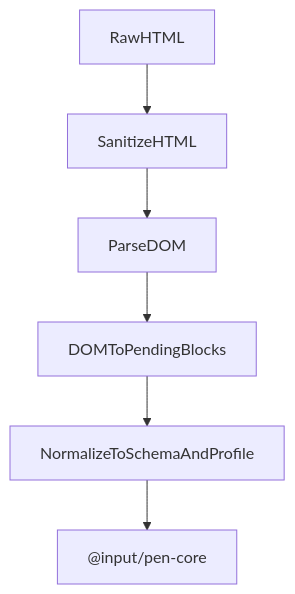
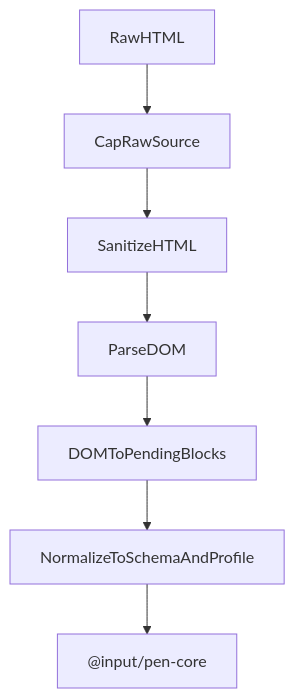
The diagram in spec/packages/extensions/import-html.md (JayaKrishnaNamburu/pen), drawn with Mermaid before and after one commit. The commit also changed other lines of this file and 493 other files, not shown here.

````diff
--- a/spec/packages/extensions/import-html.md
+++ b/spec/packages/extensions/import-html.md
@@ -28,15 +28,17 @@
 ```mermaid
 flowchart TD
   HTML[RawHTML]
+  Cap[CapRawSource]
   Sanitize[SanitizeHTML]
   Parse[ParseDOM]
   Map[DOMToPendingBlocks]
   Normalize[NormalizeToSchemaAndProfile]
   Core["@input/pen-core"]
 
-  HTML --> Sanitize
+  HTML --> Cap
+  Cap --> Sanitize
   Sanitize --> Parse
   Parse --> Map
   Map --> Normalize
   Normalize --> Core
 ```
````
